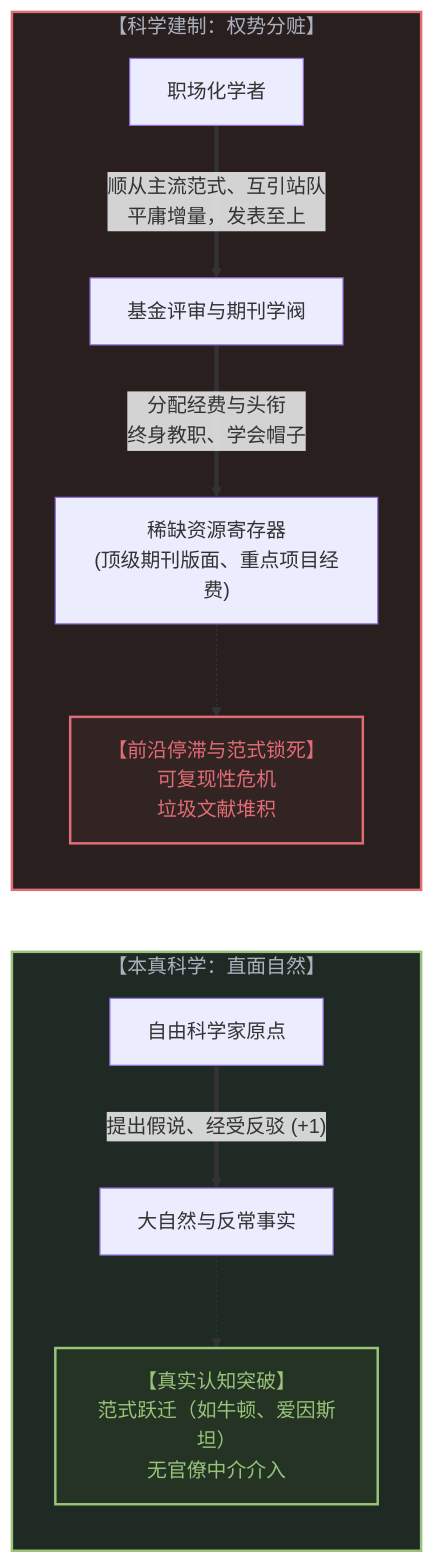
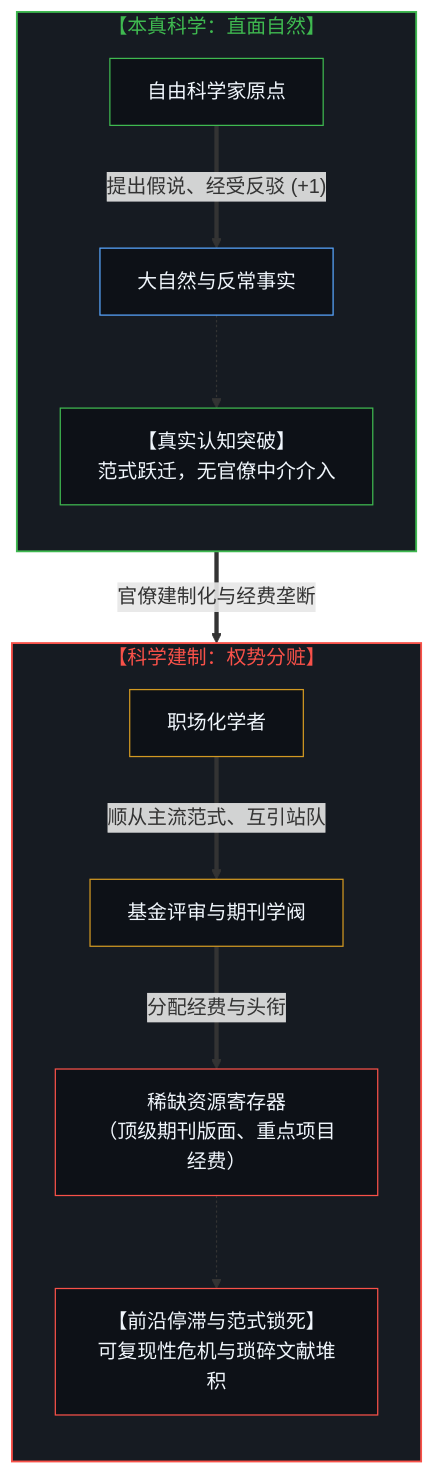
One commit to powerpig99/not-a-toe changed the seventh of 10 diagrams in content/posts/the-reversal-of-education-and-science.md. Above: the diagram before and after it, drawn with Mermaid. The commit also changed other lines of this file and 11 other files, not shown here.

````diff
--- a/content/posts/the-reversal-of-education-and-science.md
+++ b/content/posts/the-reversal-of-education-and-science.md
@@ -301,25 +323,34 @@
 ```mermaid
-graph LR
-    subgraph PrimalScience["【本真科学：直面自然】"]
+flowchart TD
+    subgraph S_Primal["【本真科学：直面自然】"]
+        direction TB
         Researcher["自由科学家原点"]
         Empirical["大自然与反常事实"]
+        TruthRes["【真实认知突破】<br/>范式跃迁，无官僚中介介入"]
         Researcher ==>|"提出假说、经受反驳 (+1)"| Empirical
-        TruthRes["【真实认知突破】<br>范式跃迁（如牛顿、爱因斯坦）<br>无官僚中介介入"]
         Empirical -.-> TruthRes
     end
 
-    subgraph AcademicCartel["【科学建制：权势分赃】"]
+    S_Primal ==>|"官僚建制化与经费垄断"| S_Cartel
+
+    subgraph S_Cartel["【科学建制：权势分赃】"]
+        direction TB
         Scholar["职场化学者"]
         Committee["基金评审与期刊学阀"]
-        GrantPower["稀缺资源寄存器<br>(顶级期刊版面、重点项目经费)"]
-        Scholar ==>|"顺从主流范式、互引站队<br>平庸增量，发表至上"| Committee
-        Committee ==>|"分配经费与头衔<br>终身教职、学会帽子"| GrantPower
-        Stagnation["【前沿停滞与范式锁死】<br>可复现性危机<br>垃圾文献堆积"]
+        GrantPower["稀缺资源寄存器<br/>（顶级期刊版面、重点项目经费）"]
+        Stagnation["【前沿停滞与范式锁死】<br/>可复现性危机与琐碎文献堆积"]
+        Scholar ==>|"顺从主流范式、互引站队"| Committee
+        Committee ==>|"分配经费与头衔"| GrantPower
         GrantPower -.-> Stagnation
     end
 
-    style PrimalScience fill:#1f2a24,stroke:#98c379,stroke-width:2px,color:#abb2bf
-    style AcademicCartel fill:#2a1f1f,stroke:#e06c75,stroke-width:2px,color:#abb2bf
-    style TruthRes fill:#243324,stroke:#98c379,stroke-width:2px,color:#98c379
-    style Stagnation fill:#332424,stroke:#e06c75,stroke-width:2px,color:#e06c75
+    style S_Primal fill:#161b22,stroke:#3fb950,stroke-width:1.5px,color:#3fb950
+    style S_Cartel fill:#161b22,stroke:#f85149,stroke-width:1.5px,color:#f85149
+    style Researcher fill:#0d1117,stroke:#3fb950,stroke-width:1px,color:#f0f6fc
+    style Empirical fill:#0d1117,stroke:#58a6ff,stroke-width:1px,color:#f0f6fc
+    style TruthRes fill:#0d1117,stroke:#3fb950,stroke-width:1px,color:#f0f6fc
+    style Scholar fill:#0d1117,stroke:#d29922,stroke-width:1px,color:#f0f6fc
+    style Committee fill:#0d1117,stroke:#d29922,stroke-width:1px,color:#f0f6fc
+    style GrantPower fill:#0d1117,stroke:#f85149,stroke-width:1px,color:#f0f6fc
+    style Stagnation fill:#0d1117,stroke:#f85149,stroke-width:1px,color:#f0f6fc
 ```
````
